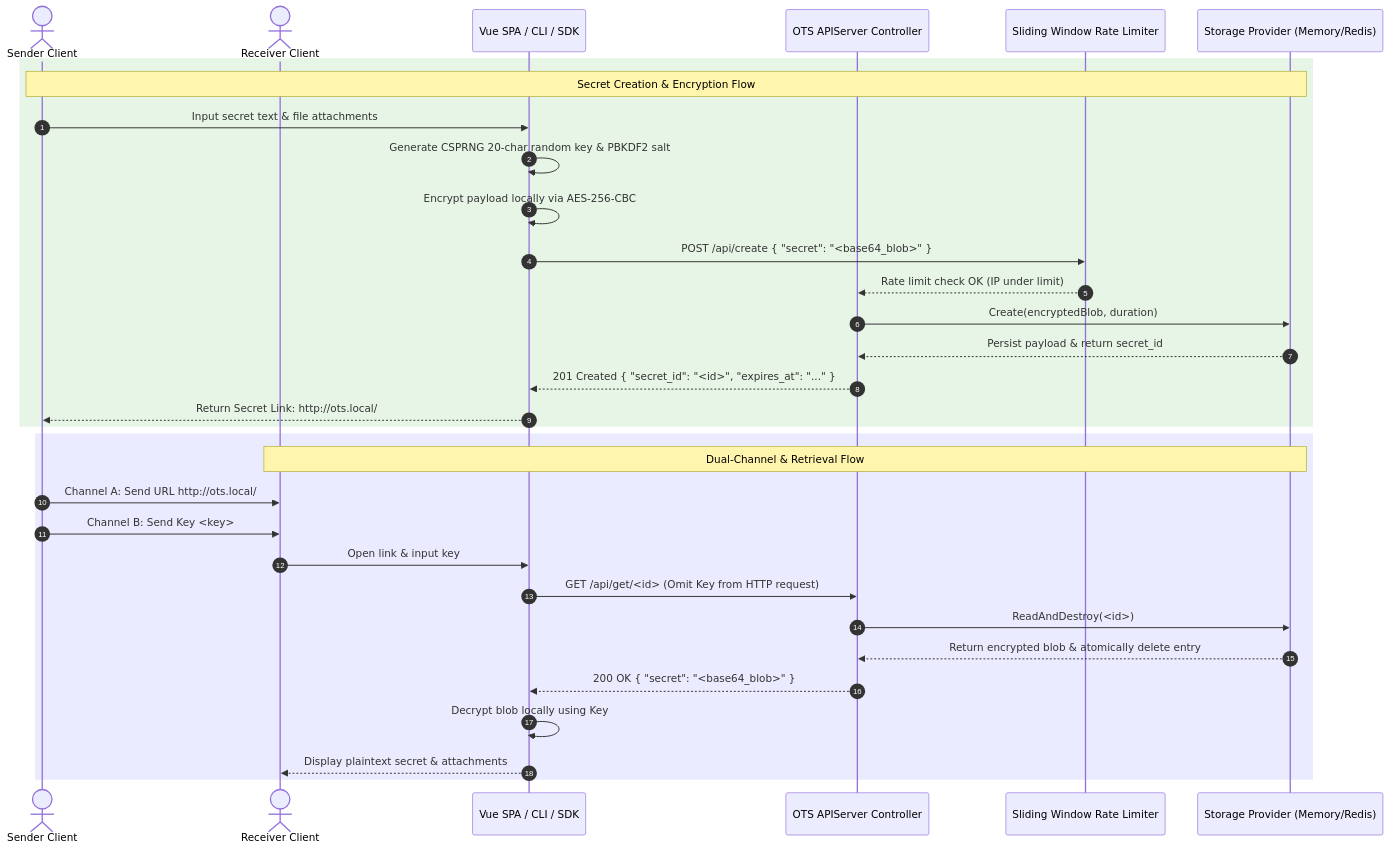
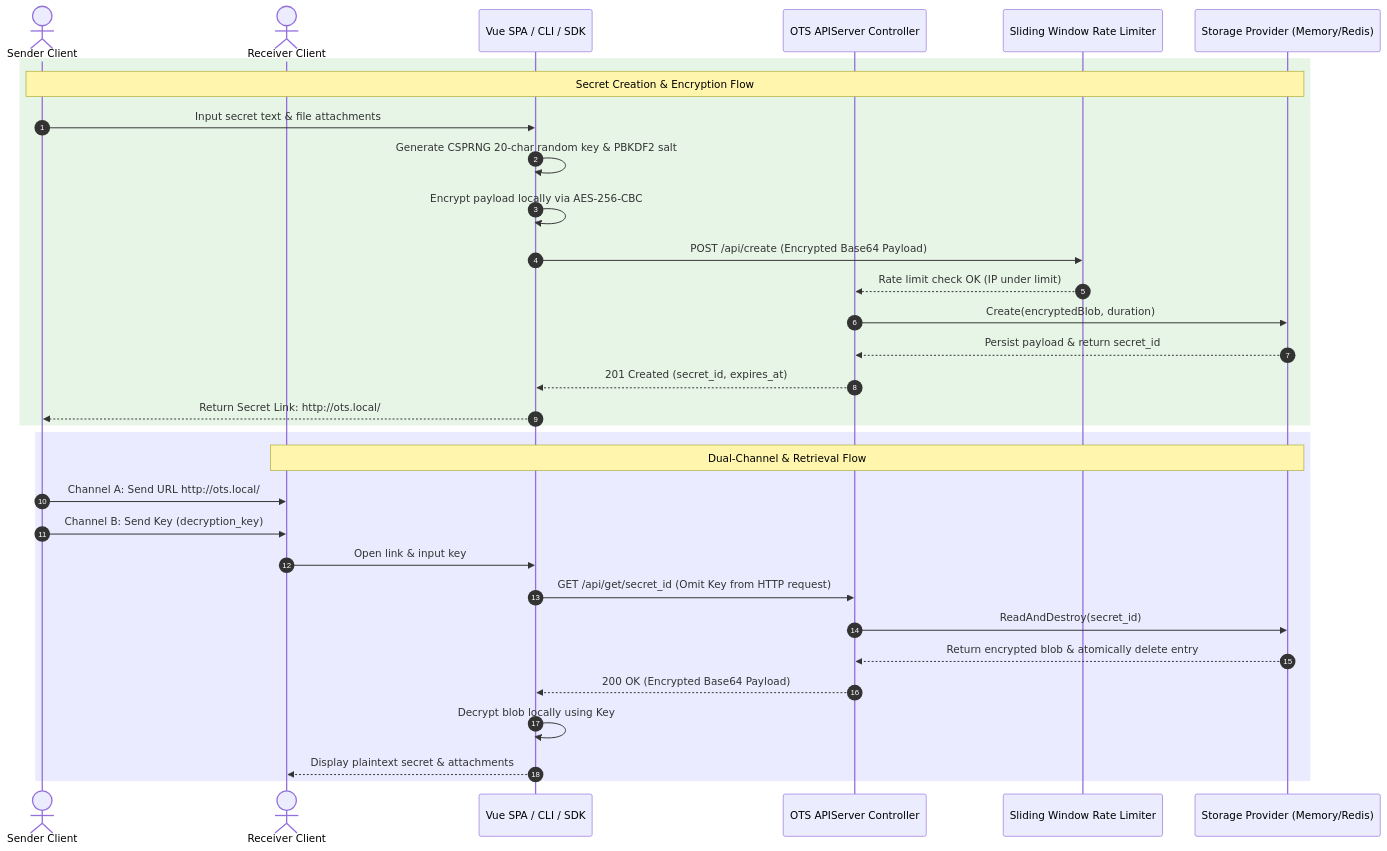
Before and after one commit to edsilegxrepo/ots: the second of 4 diagrams in ARCHITECTURE.md, drawn with Mermaid. The commit also changed other lines of this file, not shown here.

Commit message:
fix(docs): quote link labels in ARCHITECTURE.md Mermaid diagrams

````diff
--- a/ARCHITECTURE.md
+++ b/ARCHITECTURE.md
@@ -69,36 +69,36 @@
 ```mermaid
 sequenceDiagram
     autonumber
     actor Sender as Sender Client
     actor Receiver as Receiver Client
     participant SPA as Vue SPA / CLI / SDK
     participant API as OTS APIServer Controller
     participant RL as Sliding Window Rate Limiter
     participant Store as Storage Provider (Memory/Redis)
 
     rect rgb(230, 245, 230)
         note over Sender, Store: Secret Creation & Encryption Flow
         Sender->>SPA: Input secret text & file attachments
         SPA->>SPA: Generate CSPRNG 20-char random key & PBKDF2 salt
         SPA->>SPA: Encrypt payload locally via AES-256-CBC
-        SPA->>RL: POST /api/create { "secret": "<base64_blob>" }
+        SPA->>RL: POST /api/create (Encrypted Base64 Payload)
         RL-->>API: Rate limit check OK (IP under limit)
         API->>Store: Create(encryptedBlob, duration)
         Store-->>API: Persist payload & return secret_id
-        API-->>SPA: 201 Created { "secret_id": "<id>", "expires_at": "..." }
-        SPA-->>Sender: Return Secret Link: http://ots.local/#<id>|<key>
+        API-->>SPA: 201 Created (secret_id, expires_at)
+        SPA-->>Sender: Return Secret Link: http://ots.local/#secret_id|key
     end
 
     rect rgb(235, 235, 255)
         note over Receiver, Store: Dual-Channel & Retrieval Flow
-        Sender->>Receiver: Channel A: Send URL http://ots.local/#<id>
-        Sender->>Receiver: Channel B: Send Key <key>
+        Sender->>Receiver: Channel A: Send URL http://ots.local/#secret_id
+        Sender->>Receiver: Channel B: Send Key (decryption_key)
         Receiver->>SPA: Open link & input key
-        SPA->>API: GET /api/get/<id> (Omit Key from HTTP request)
-        API->>Store: ReadAndDestroy(<id>)
+        SPA->>API: GET /api/get/secret_id (Omit Key from HTTP request)
+        API->>Store: ReadAndDestroy(secret_id)
         Store-->>API: Return encrypted blob & atomically delete entry
-        API-->>SPA: 200 OK { "secret": "<base64_blob>" }
+        API-->>SPA: 200 OK (Encrypted Base64 Payload)
         SPA->>SPA: Decrypt blob locally using Key
         SPA-->>Receiver: Display plaintext secret & attachments
     end
 ```
````
